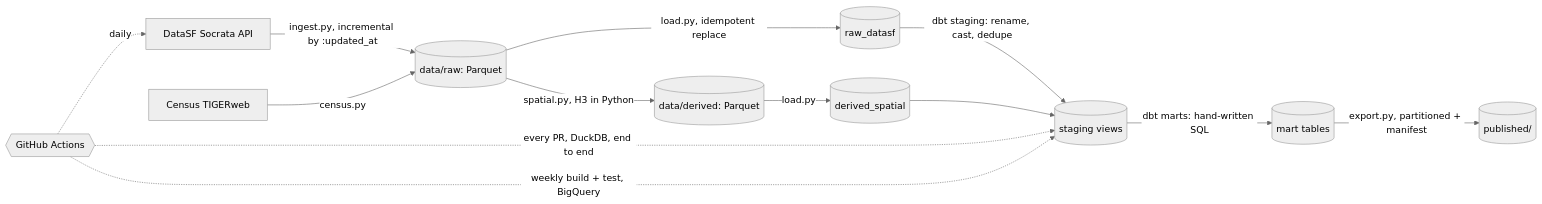
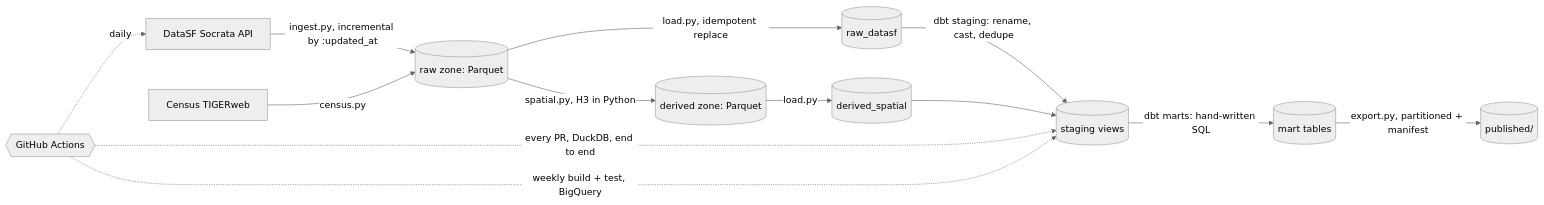
The diagram in README.md (mp321/sf-data-warehouse), drawn with Mermaid (neutral theme) before and after one commit. The commit also changed other lines of this file and 63 other files, not shown here.

````diff
--- a/README.md
+++ b/README.md
@@ -24,15 +24,15 @@
 ```mermaid
 flowchart LR
-    A[DataSF Socrata API] -->|ingest.py, incremental by :updated_at| B[(data/raw: Parquet)]
+    A[DataSF Socrata API] -->|ingest.py, incremental by :updated_at| B[(raw zone: Parquet)]
     A2[Census TIGERweb] -->|census.py| B
-    B -->|spatial.py, H3 in Python| G[(data/derived: Parquet)]
+    B -->|spatial.py, H3 in Python| G[(derived zone: Parquet)]
     B -->|load.py, idempotent replace| C[(raw_datasf)]
     G -->|load.py| C2[(derived_spatial)]
     C -->|dbt staging: rename, cast, dedupe| D[(staging views)]
     C2 --> D
     D -->|dbt marts: hand-written SQL| E[(mart tables)]
     E -->|export.py, partitioned + manifest| H[(published/)]
     F{{GitHub Actions}} -. daily .-> A
     F -. every PR, DuckDB, end to end .-> D
     F -. weekly build + test, BigQuery .-> D
 ```
````
